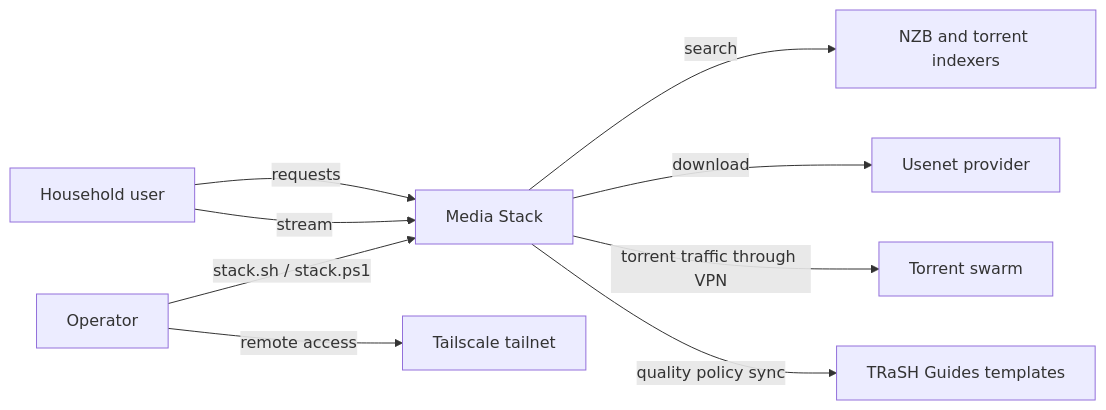
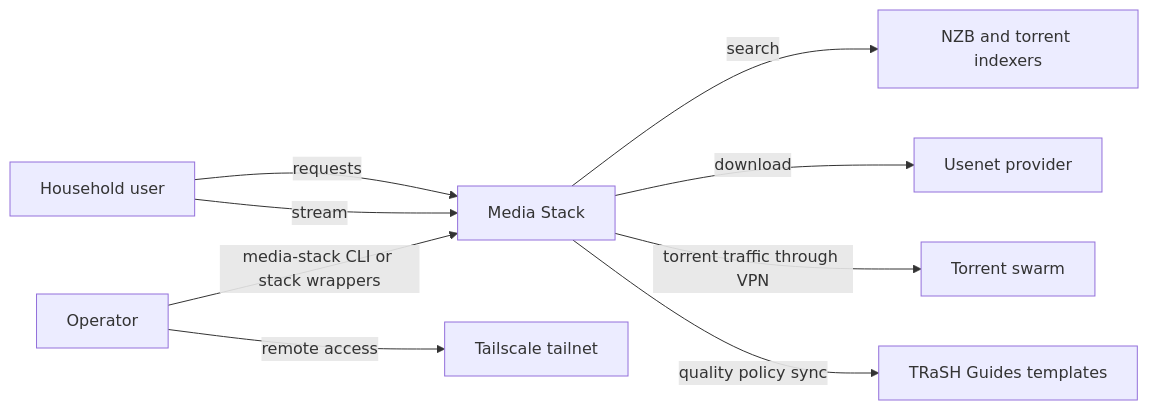
The first of 6 diagrams in ARCHITECTURE.md (mhendricks42/media-stack), drawn with Mermaid before and after one commit. The commit also changed other lines of this file and 31 other files, not shown here.

````diff
--- a/ARCHITECTURE.md
+++ b/ARCHITECTURE.md
@@ -233,11 +246,11 @@
 ```mermaid
 flowchart LR
     User[Household user] -->|requests| Stack[Media Stack]
-    Operator[Operator] -->|stack.sh / stack.ps1| Stack
+    Operator[Operator] -->|media-stack CLI or stack wrappers| Stack
     Stack -->|search| Indexers[NZB and torrent indexers]
     Stack -->|download| Usenet[Usenet provider]
     Stack -->|torrent traffic through VPN| Swarm[Torrent swarm]
     User -->|stream| Stack
     Operator -->|remote access| Tailnet[Tailscale tailnet]
     Stack -->|quality policy sync| Trash[TRaSH Guides templates]
 ```
````
